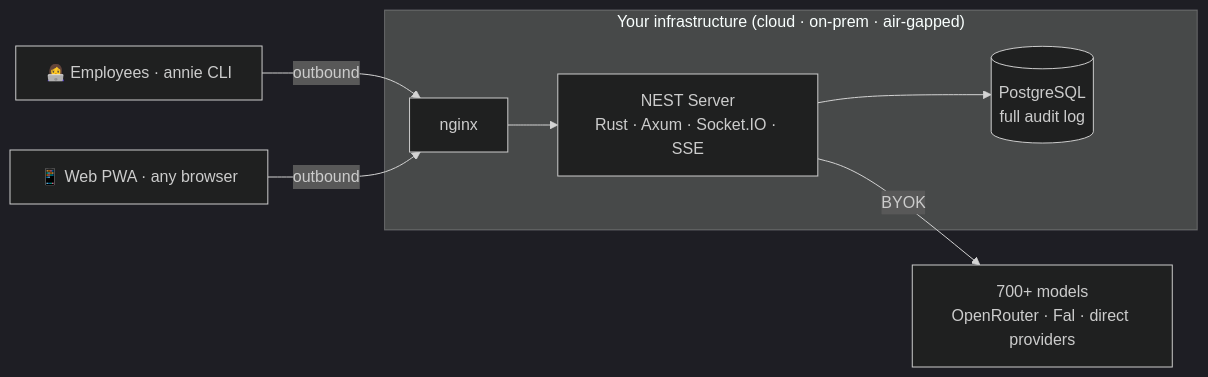
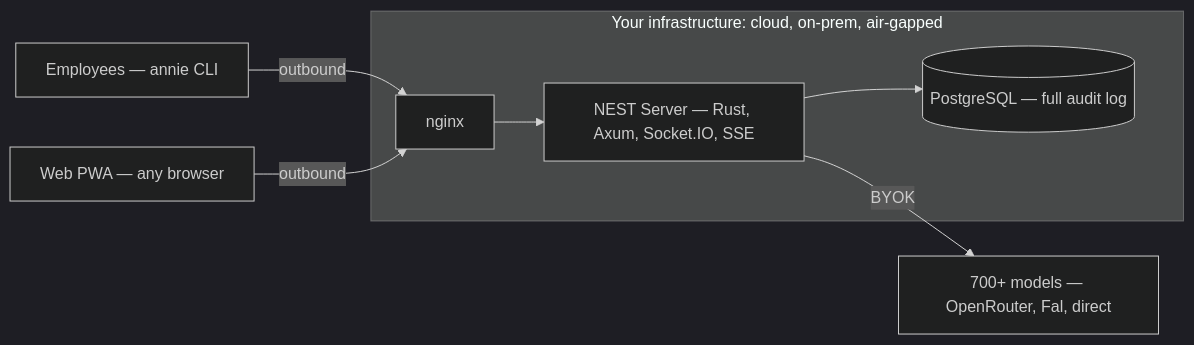
Before and after one commit to contextzero/nest_hub: the diagram in README.md, drawn with Mermaid (dark theme).

Commit message:
fix(readme): repair mermaid architecture diagram rendering
GitHub failed to render the diagram. Removed the two parser breakers:
ZWJ emoji in node labels and parentheses inside the subgraph title; also
dropped <br/> in favor of inline separators. Validated with mermaid v11.

````diff
--- a/README.md
+++ b/README.md
@@ -68,10 +68,10 @@
 ```mermaid
 flowchart LR
-    CLI["👩‍💻 Employees · annie CLI"] -->|outbound| NG
-    PWA["📱 Web PWA · any browser"] -->|outbound| NG
-    subgraph infra["Your infrastructure (cloud · on-prem · air-gapped)"]
-        NG["nginx"] --> SRV["NEST Server<br/>Rust · Axum · Socket.IO · SSE"]
-        SRV --> DB[("PostgreSQL<br/>full audit log")]
+    CLI["Employees — annie CLI"] -->|outbound| NG
+    PWA["Web PWA — any browser"] -->|outbound| NG
+    subgraph infra["Your infrastructure: cloud, on-prem, air-gapped"]
+        NG["nginx"] --> SRV["NEST Server — Rust, Axum, Socket.IO, SSE"]
+        SRV --> DB[("PostgreSQL — full audit log")]
     end
-    SRV -->|BYOK| LLM["700+ models<br/>OpenRouter · Fal · direct providers"]
+    SRV -->|BYOK| LLM["700+ models — OpenRouter, Fal, direct"]
 ```
````
